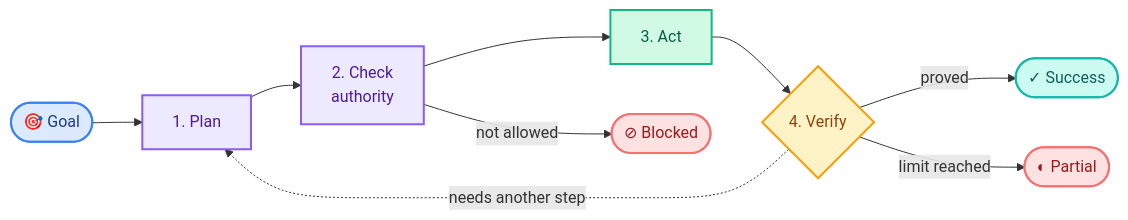
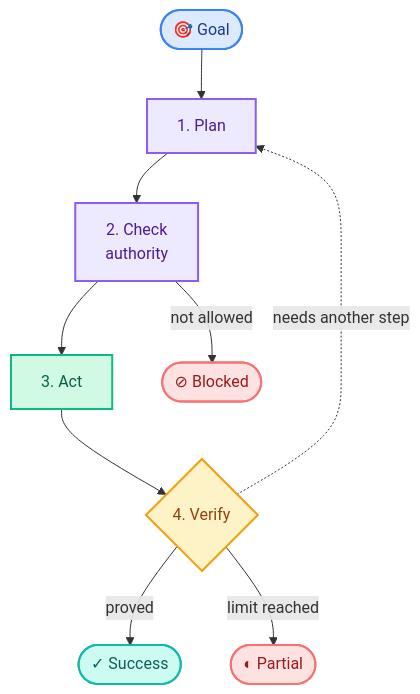
One commit to dhruv-motaval/NomadicOS changed the second of 2 diagrams in README.md. Above: the diagram before and after it, drawn with Mermaid. The commit also changed other lines of this file, not shown here.

Commit message:
docs: use vertical README diagrams

````diff
--- a/README.md
+++ b/README.md
@@ -99,25 +99,25 @@
 ```mermaid
-flowchart LR
+flowchart TD
     goal(["🎯 Goal"]) --> plan["1. Plan"]
     plan --> guard["2. Check<br/>authority"]
     guard --> act["3. Act"]
     act --> verify{"4. Verify"}
 
     verify -->|proved| success(["✓ Success"])
     verify -. needs another step .-> plan
     guard -->|not allowed| blocked(["⊘ Blocked"])
     verify -->|limit reached| partial(["◐ Partial"])
 
     classDef start fill:#dbeafe,color:#1e3a8a,stroke:#3b82f6,stroke-width:2px
     classDef process fill:#ede9fe,color:#4c1d95,stroke:#8b5cf6,stroke-width:2px
     classDef action fill:#d1fae5,color:#065f46,stroke:#10b981,stroke-width:2px
     classDef check fill:#fef3c7,color:#92400e,stroke:#f59e0b,stroke-width:2px
     classDef success fill:#ccfbf1,color:#115e59,stroke:#14b8a6,stroke-width:2px
     classDef outcome fill:#fee2e2,color:#991b1b,stroke:#f87171,stroke-width:2px
     class goal start
     class plan,guard process
     class act action
     class verify check
     class success success
     class blocked,partial outcome
 ```
````
